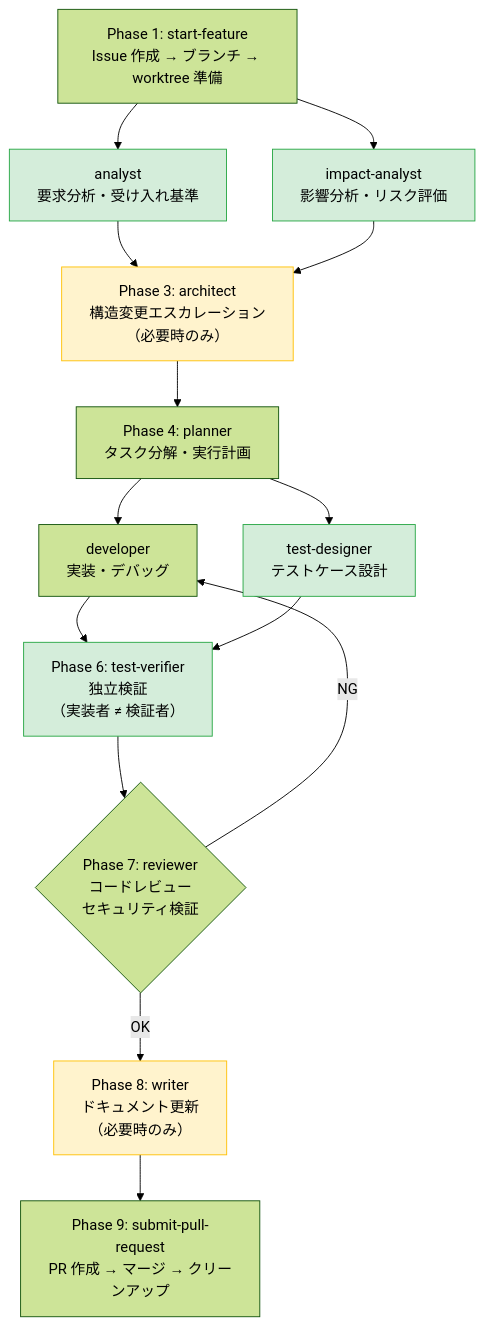
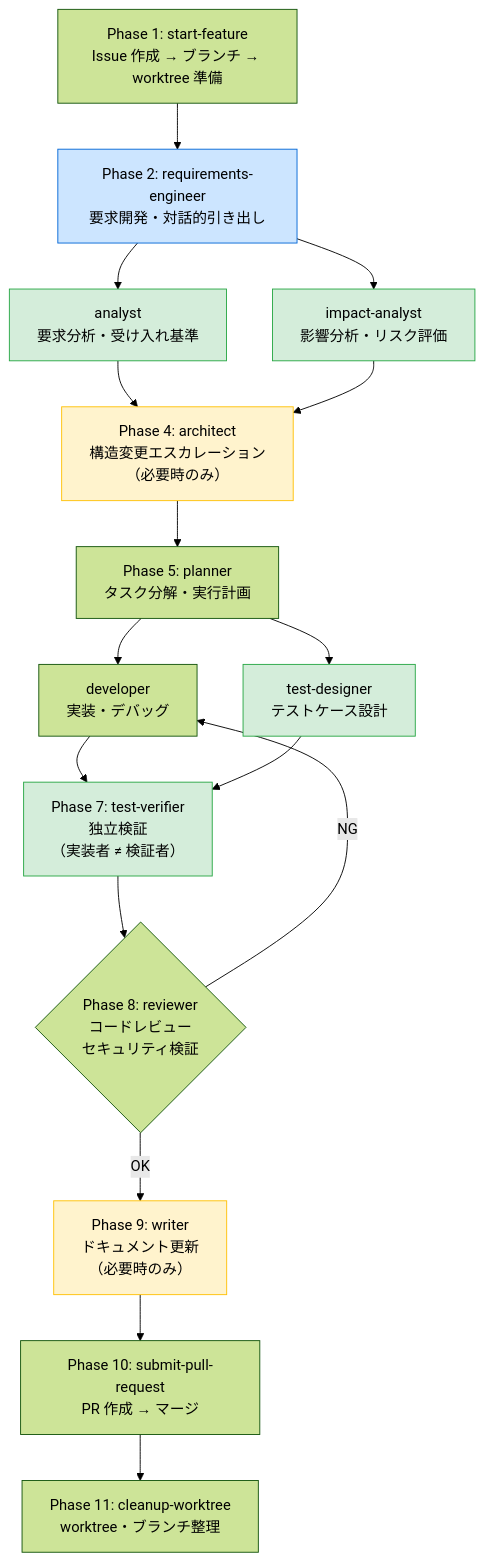
The first of 3 diagrams in README.md (nanikasheila/copilot-cli-workflow-framework), drawn with Mermaid (forest theme) before and after one commit. The commit also changed other lines of this file and 3 other files, not shown here.

````diff
--- a/README.md
+++ b/README.md
@@ -192,31 +205,36 @@
 ```mermaid
 flowchart TD
     P1["Phase 1: start-feature<br/>Issue 作成 → ブランチ → worktree 準備"]
-    P2A["analyst<br/>要求分析・受け入れ基準"]
-    P2B["impact-analyst<br/>影響分析・リスク評価"]
-    P3["Phase 3: architect<br/>構造変更エスカレーション<br/>（必要時のみ）"]
-    P4["Phase 4: planner<br/>タスク分解・実行計画"]
-    P5A["developer<br/>実装・デバッグ"]
-    P5B["test-designer<br/>テストケース設計"]
-    P6["Phase 6: test-verifier<br/>独立検証<br/>（実装者 ≠ 検証者）"]
-    P7{"Phase 7: reviewer<br/>コードレビュー<br/>セキュリティ検証"}
-    P8["Phase 8: writer<br/>ドキュメント更新<br/>（必要時のみ）"]
-    P9["Phase 9: submit-pull-request<br/>PR 作成 → マージ → クリーンアップ"]
+    P2["Phase 2: requirements-engineer<br/>要求開発・対話的引き出し"]
+    P3A["analyst<br/>要求分析・受け入れ基準"]
+    P3B["impact-analyst<br/>影響分析・リスク評価"]
+    P4["Phase 4: architect<br/>構造変更エスカレーション<br/>（必要時のみ）"]
+    P5["Phase 5: planner<br/>タスク分解・実行計画"]
+    P6A["developer<br/>実装・デバッグ"]
+    P6B["test-designer<br/>テストケース設計"]
+    P7["Phase 7: test-verifier<br/>独立検証<br/>（実装者 ≠ 検証者）"]
+    P8{"Phase 8: reviewer<br/>コードレビュー<br/>セキュリティ検証"}
+    P9["Phase 9: writer<br/>ドキュメント更新<br/>（必要時のみ）"]
+    P10["Phase 10: submit-pull-request<br/>PR 作成 → マージ"]
+    P11["Phase 11: cleanup-worktree<br/>worktree・ブランチ整理"]
 
-    P1 --> P2A & P2B
-    P2A & P2B --> P3
-    P3 --> P4
-    P4 --> P5A & P5B
-    P5A & P5B --> P6
-    P6 --> P7
-    P7 -->|NG| P5A
-    P7 -->|OK| P8
-    P8 --> P9
+    P1 --> P2
+    P2 --> P3A & P3B
+    P3A & P3B --> P4
+    P4 --> P5
+    P5 --> P6A & P6B
+    P6A & P6B --> P7
+    P7 --> P8
+    P8 -->|NG| P6A
+    P8 -->|OK| P9
+    P9 --> P10
+    P10 --> P11
 
-    style P2A fill:#d4edda,stroke:#28a745
-    style P2B fill:#d4edda,stroke:#28a745
-    style P5B fill:#d4edda,stroke:#28a745
-    style P6 fill:#d4edda,stroke:#28a745
-    style P3 fill:#fff3cd,stroke:#ffc107
-    style P8 fill:#fff3cd,stroke:#ffc107
+    style P2 fill:#cce5ff,stroke:#0366d6
+    style P3A fill:#d4edda,stroke:#28a745
+    style P3B fill:#d4edda,stroke:#28a745
+    style P6B fill:#d4edda,stroke:#28a745
+    style P7 fill:#d4edda,stroke:#28a745
+    style P4 fill:#fff3cd,stroke:#ffc107
+    style P9 fill:#fff3cd,stroke:#ffc107
 ```
````
